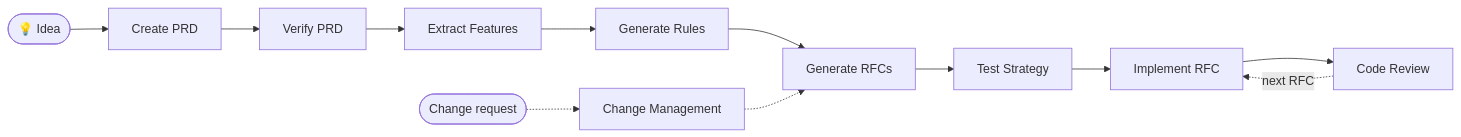
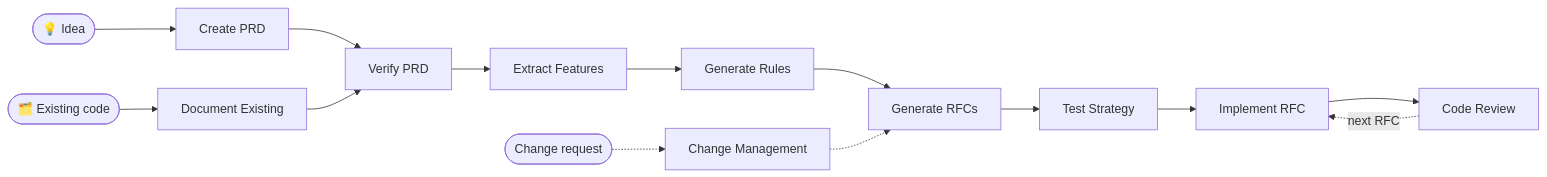
The diagram in README.md (nurettincoban/ai-prd-workflow), drawn with Mermaid before and after one commit. The commit also changed other lines of this file and 18 other files, not shown here.

First line of the commit message:
Add /document-existing, an entry point for codebases that already exist

````diff
--- a/README.md
+++ b/README.md
@@ -96,7 +97,8 @@
 ```mermaid
 flowchart LR
     IDEA([💡 Idea]) --> PRD[Create PRD] --> VERIFY[Verify PRD] --> FEAT[Extract Features] --> RULES[Generate Rules] --> RFCS[Generate RFCs]
+    CODE([🗂️ Existing code]) --> DOC[Document Existing] --> VERIFY
     RFCS --> TEST[Test Strategy] --> IMPL[Implement RFC] --> REVIEW[Code Review]
     REVIEW -.->|next RFC| IMPL
     CHANGE([Change request]) -.-> CM[Change Management] -.-> RFCS
 ```
````
